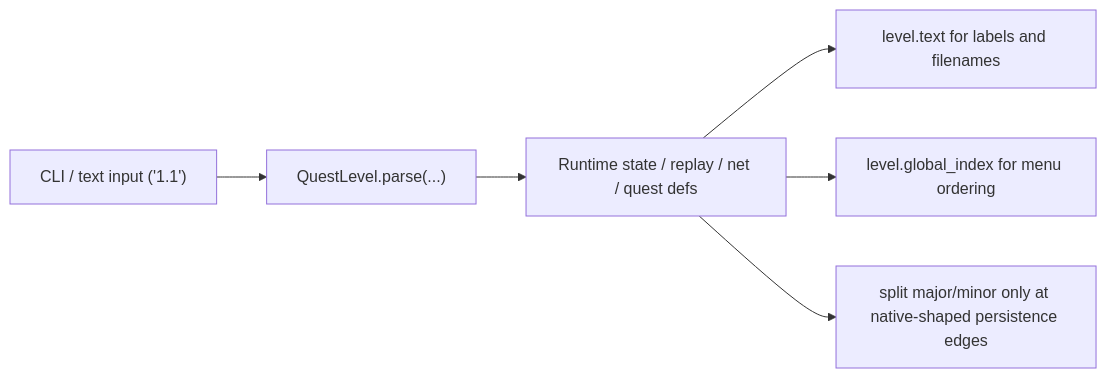
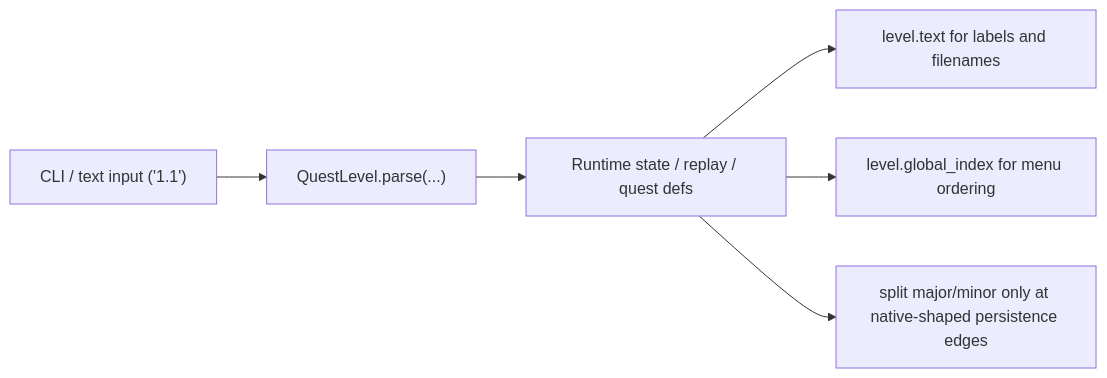
Before and after one commit to banteg/crimson: the diagram in docs/rewrite/quest-identifiers.md, drawn with Mermaid. The commit also changed other lines of this file and 28 other files, not shown here.

````diff
--- a/docs/rewrite/quest-identifiers.md
+++ b/docs/rewrite/quest-identifiers.md
@@ -58,8 +57,8 @@
 ```mermaid
 flowchart LR
     A["CLI / text input ('1.1')"] --> B["QuestLevel.parse(...)"]
-    B --> C["Runtime state / replay / net / quest defs"]
+    B --> C["Runtime state / replay / quest defs"]
     C --> D["level.text for labels and filenames"]
     C --> E["level.global_index for menu ordering"]
     C --> F["split major/minor only at native-shaped persistence edges"]
 ```
````
